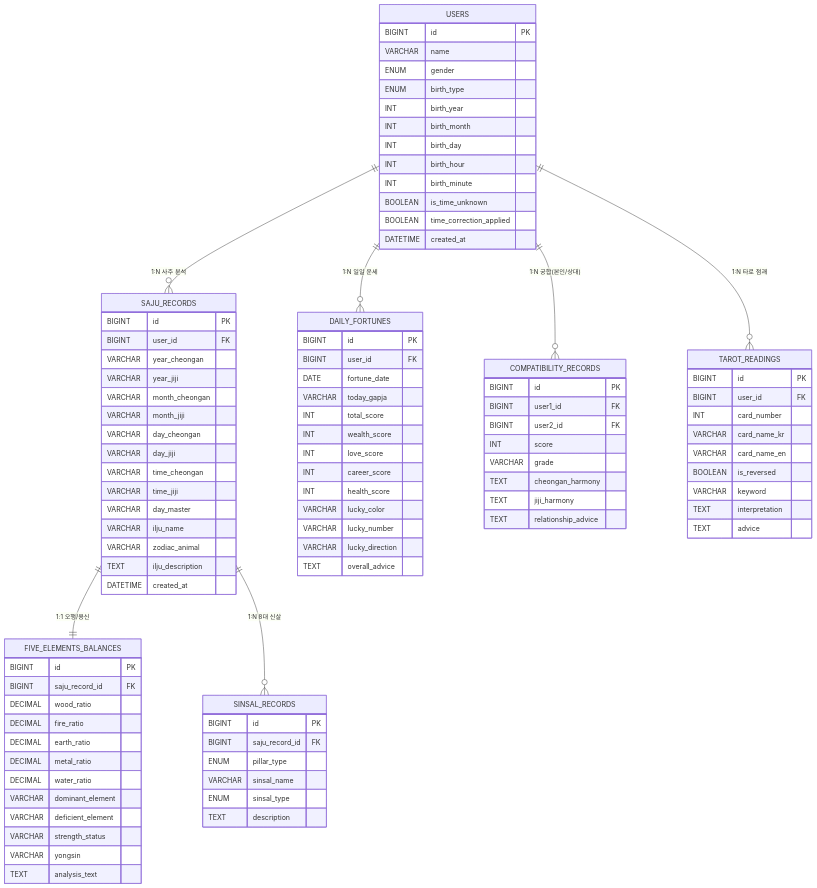
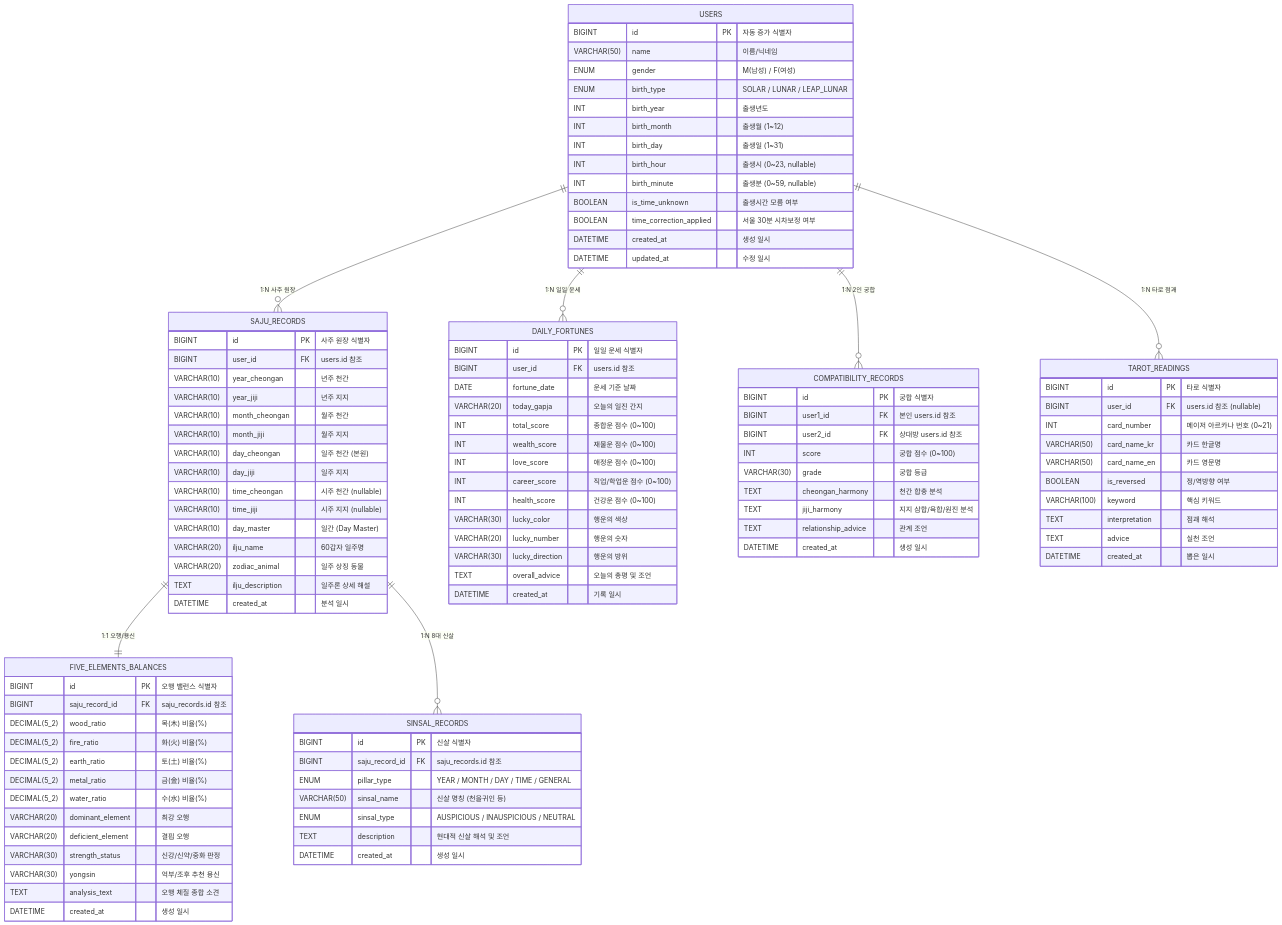
The third of 3 diagrams in README.md (minjae0529-blip/Daily-Fortune), drawn with Mermaid before and after one commit. The commit also changed other lines of this file, not shown here.

Commit message:
docs: 구현 아키텍처, 시퀀스 다이어그램, API별 Request/Response 상세 명세 및 표/간격 정렬 개선

````diff
--- a/README.md
+++ b/README.md
@@ -68,105 +160,111 @@
 ```mermaid
 erDiagram
-    USERS ||--o{ SAJU_RECORDS : "1:N 사주 분석"
+    USERS ||--o{ SAJU_RECORDS : "1:N 사주 원장"
     USERS ||--o{ DAILY_FORTUNES : "1:N 일일 운세"
-    USERS ||--o{ COMPATIBILITY_RECORDS : "1:N 궁합(본인/상대)"
+    USERS ||--o{ COMPATIBILITY_RECORDS : "1:N 2인 궁합"
     USERS ||--o{ TAROT_READINGS : "1:N 타로 점괘"
     SAJU_RECORDS ||--|| FIVE_ELEMENTS_BALANCES : "1:1 오행/용신"
     SAJU_RECORDS ||--o{ SINSAL_RECORDS : "1:N 8대 신살"
 
     USERS {
-        BIGINT id PK
-        VARCHAR name
-        ENUM gender
-        ENUM birth_type
-        INT birth_year
-        INT birth_month
-        INT birth_day
-        INT birth_hour
-        INT birth_minute
-        BOOLEAN is_time_unknown
-        BOOLEAN time_correction_applied
-        DATETIME created_at
+        BIGINT id PK "자동 증가 식별자"
+        VARCHAR(50) name "이름/닉네임"
+        ENUM gender "M(남성) / F(여성)"
+        ENUM birth_type "SOLAR / LUNAR / LEAP_LUNAR"
+        INT birth_year "출생년도"
+        INT birth_month "출생월 (1~12)"
+        INT birth_day "출생일 (1~31)"
+        INT birth_hour "출생시 (0~23, nullable)"
+        INT birth_minute "출생분 (0~59, nullable)"
+        BOOLEAN is_time_unknown "출생시간 모름 여부"
+        BOOLEAN time_correction_applied "서울 30분 시차보정 여부"
+        DATETIME created_at "생성 일시"
+        DATETIME updated_at "수정 일시"
     }
 
     SAJU_RECORDS {
-        BIGINT id PK
-        BIGINT user_id FK
-        VARCHAR year_cheongan
-        VARCHAR year_jiji
-        VARCHAR month_cheongan
-        VARCHAR month_jiji
-        VARCHAR day_cheongan
-        VARCHAR day_jiji
-        VARCHAR time_cheongan
-        VARCHAR time_jiji
-        VARCHAR day_master
-        VARCHAR ilju_name
-        VARCHAR zodiac_animal
-        TEXT ilju_description
-        DATETIME created_at
+        BIGINT id PK "사주 원장 식별자"
+        BIGINT user_id FK "users.id 참조"
+        VARCHAR(10) year_cheongan "년주 천간"
+        VARCHAR(10) year_jiji "년주 지지"
+        VARCHAR(10) month_cheongan "월주 천간"
+        VARCHAR(10) month_jiji "월주 지지"
+        VARCHAR(10) day_cheongan "일주 천간 (본원)"
+        VARCHAR(10) day_jiji "일주 지지"
+        VARCHAR(10) time_cheongan "시주 천간 (nullable)"
+        VARCHAR(10) time_jiji "시주 지지 (nullable)"
+        VARCHAR(10) day_master "일간 (Day Master)"
+        VARCHAR(20) ilju_name "60갑자 일주명"
+        VARCHAR(20) zodiac_animal "일주 상징 동물"
+        TEXT ilju_description "일주론 상세 해설"
+        DATETIME created_at "분석 일시"
     }
 
     FIVE_ELEMENTS_BALANCES {
-        BIGINT id PK
-        BIGINT saju_record_id FK
-        DECIMAL wood_ratio
-        DECIMAL fire_ratio
-        DECIMAL earth_ratio
-        DECIMAL metal_ratio
-        DECIMAL water_ratio
-        VARCHAR dominant_element
-        VARCHAR deficient_element
-        VARCHAR strength_status
-        VARCHAR yongsin
-        TEXT analysis_text
+        BIGINT id PK "오행 밸런스 식별자"
+        BIGINT saju_record_id FK "saju_records.id 참조"
+        DECIMAL(5_2) wood_ratio "목(木) 비율(%)"
+        DECIMAL(5_2) fire_ratio "화(火) 비율(%)"
+        DECIMAL(5_2) earth_ratio "토(土) 비율(%)"
+        DECIMAL(5_2) metal_ratio "금(金) 비율(%)"
+        DECIMAL(5_2) water_ratio "수(水) 비율(%)"
+        VARCHAR(20) dominant_element "최강 오행"
+        VARCHAR(20) deficient_element "결핍 오행"
+        VARCHAR(30) strength_status "신강/신약/중화 판정"
+        VARCHAR(30) yongsin "억부/조후 추천 용신"
+        TEXT analysis_text "오행 체질 종합 소견"
+        DATETIME created_at "생성 일시"
     }
 
     SINSAL_RECORDS {
-        BIGINT id PK
-        BIGINT saju_record_id FK
-        ENUM pillar_type
-        VARCHAR sinsal_name
-        ENUM sinsal_type
-        TEXT description
+        BIGINT id PK "신살 식별자"
+        BIGINT saju_record_id FK "saju_records.id 참조"
+        ENUM pillar_type "YEAR / MONTH / DAY / TIME / GENERAL"
+        VARCHAR(50) sinsal_name "신살 명칭 (천을귀인 등)"
+        ENUM sinsal_type "AUSPICIOUS / INAUSPICIOUS / NEUTRAL"
+        TEXT description "현대적 신살 해석 및 조언"
+        DATETIME created_at "생성 일시"
     }
 
     DAILY_FORTUNES {
-        BIGINT id PK
-        BIGINT user_id FK
-        DATE fortune_date
-        VARCHAR today_gapja
-        INT total_score
-        INT wealth_score
-        INT love_score
-        INT career_score
-        INT health_score
-        VARCHAR lucky_color
-        VARCHAR lucky_number
-        VARCHAR lucky_direction
-        TEXT overall_advice
+        BIGINT id PK "일일 운세 식별자"
+        BIGINT user_id FK "users.id 참조"
+        DATE fortune_date "운세 기준 날짜"
+        VARCHAR(20) today_gapja "오늘의 일진 간지"
+        INT total_score "종합운 점수 (0~100)"
+        INT wealth_score "재물운 점수 (0~100)"
+        INT love_score "애정운 점수 (0~100)"
+        INT career_score "직업/학업운 점수 (0~100)"
+        INT health_score "건강운 점수 (0~100)"
+        VARCHAR(30) lucky_color "행운의 색상"
+        VARCHAR(20) lucky_number "행운의 숫자"
+        VARCHAR(30) lucky_direction "행운의 방위"
+        TEXT overall_advice "오늘의 총평 및 조언"
+        DATETIME created_at "기록 일시"
     }
 
     COMPATIBILITY_RECORDS {
-        BIGINT id PK
-        BIGINT user1_id FK
-        BIGINT user2_id FK
-        INT score
-        VARCHAR grade
-        TEXT cheongan_harmony
-        TEXT jiji_harmony
-        TEXT relationship_advice
+        BIGINT id PK "궁합 식별자"
+        BIGINT user1_id FK "본인 users.id 참조"
+        BIGINT user2_id FK "상대방 users.id 참조"
+        INT score "궁합 점수 (0~100)"
+        VARCHAR(30) grade "궁합 등급"
+        TEXT cheongan_harmony "천간 합충 분석"
+        TEXT jiji_harmony "지지 삼합/육합/원진 분석"
+        TEXT relationship_advice "관계 조언"
+        DATETIME created_at "생성 일시"
     }
 
     TAROT_READINGS {
-        BIGINT id PK
-        BIGINT user_id FK
-        INT card_number
-        VARCHAR card_name_kr
-        VARCHAR card_name_en
-        BOOLEAN is_reversed
-        VARCHAR keyword
-        TEXT interpretation
-        TEXT advice
+        BIGINT id PK "타로 식별자"
+        BIGINT user_id FK "users.id 참조 (nullable)"
+        INT card_number "메이저 아르카나 번호 (0~21)"
+        VARCHAR(50) card_name_kr "카드 한글명"
+        VARCHAR(50) card_name_en "카드 영문명"
+        BOOLEAN is_reversed "정/역방향 여부"
+        VARCHAR(100) keyword "핵심 키워드"
+        TEXT interpretation "점괘 해석"
+        TEXT advice "실천 조언"
+        DATETIME created_at "뽑은 일시"
     }
 ```
````
